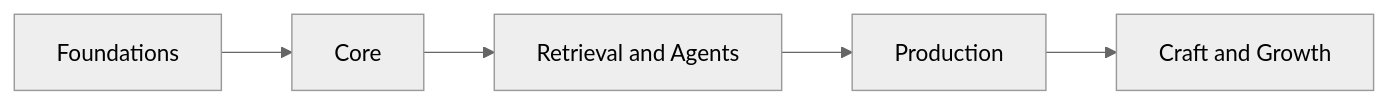
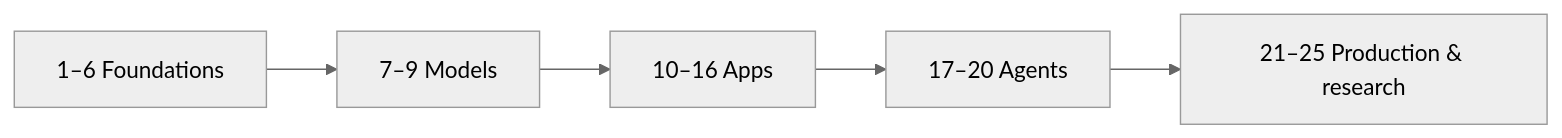
One commit to abdulsamad183/ai-engineering-playbook changed the second of 2 diagrams in README.md. Above: the diagram before and after it, drawn with Mermaid (neutral theme). The commit also changed other lines of this file and 76 other files, not shown here.

````diff
--- a/README.md
+++ b/README.md
@@ -83,7 +85,7 @@
 ```mermaid
 flowchart LR
-  A[Foundations] --> B[Core]
-  B --> C[Retrieval and Agents]
-  C --> D[Production]
-  D --> E[Craft and Growth]
+  A[1–6 Foundations] --> B[7–9 Models]
+  B --> C[10–16 Apps]
+  C --> D[17–20 Agents]
+  D --> E[21–25 Production & research]
 ```
````
